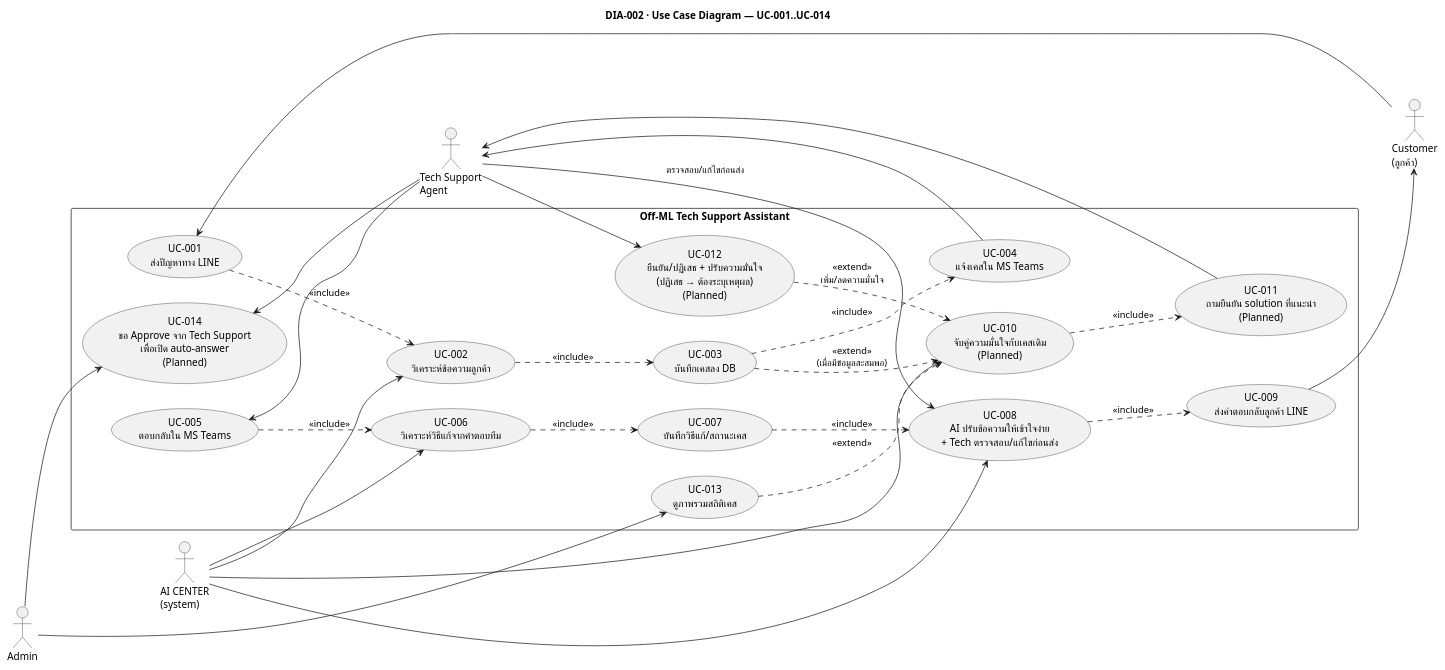
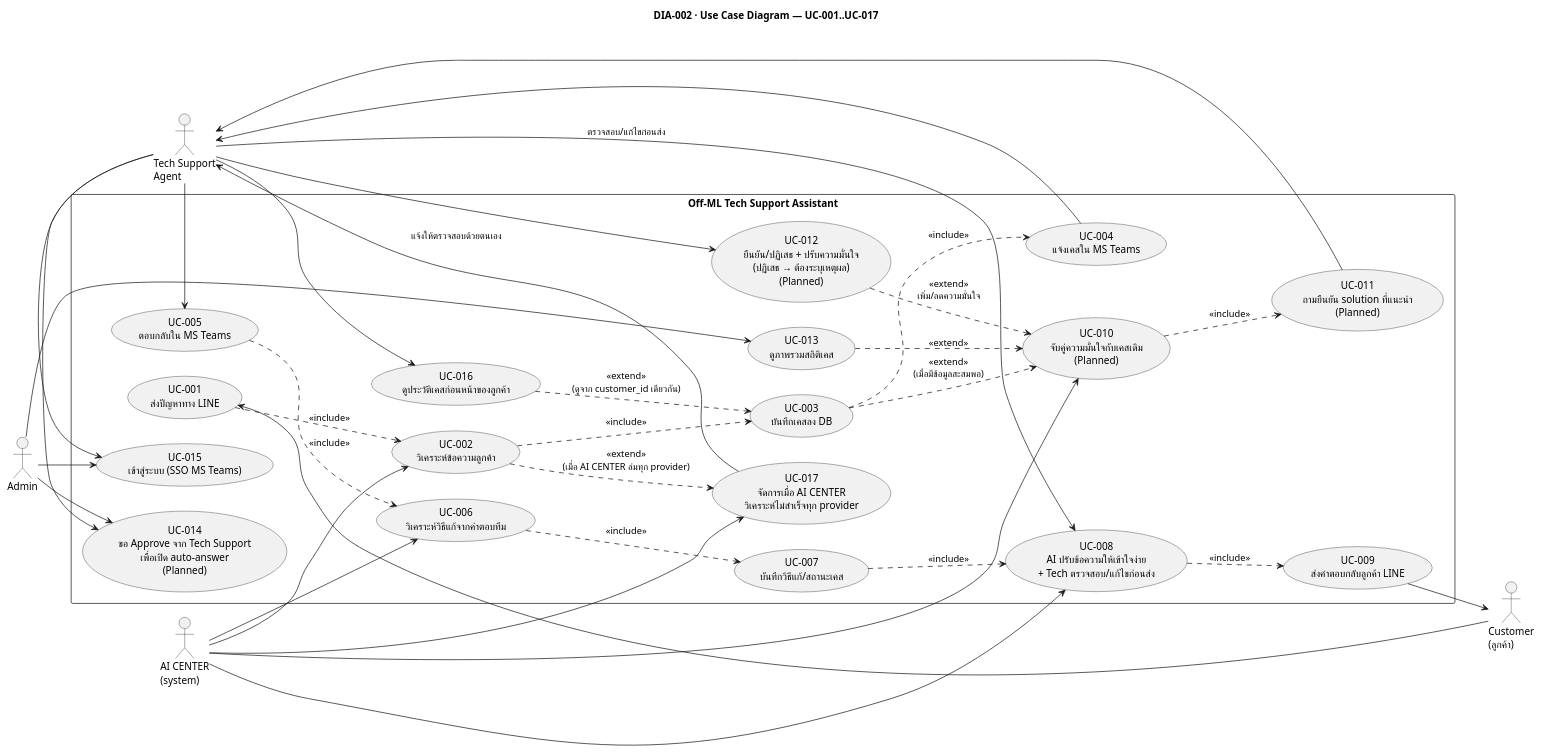
One commit to develyst1/the-off-ml-project-requirement changed the diagram in diagrams/02-usecases.puml. Above: the diagram before and after it, drawn with PlantUML. The commit also changed 11 other files, not shown here.

```diff
--- a/diagrams/02-usecases.puml
+++ b/diagrams/02-usecases.puml
@@ -1,57 +1,68 @@
 @startuml 02-usecases
-title DIA-002 · Use Case Diagram — UC-001..UC-014
+title DIA-002 · Use Case Diagram — UC-001..UC-017
 skinparam shadowing false
 left to right direction
 
 actor "Customer\n(ลูกค้า)" as Customer
 actor "Tech Support\nAgent" as Tech
 actor "Admin" as Admin
 actor "AI CENTER\n(system)" as AI
 
 rectangle "Off-ML Tech Support Assistant" {
   usecase "UC-001\nส่งปัญหาทาง LINE" as UC1
   usecase "UC-002\nวิเคราะห์ข้อความลูกค้า" as UC2
   usecase "UC-003\nบันทึกเคสลง DB" as UC3
   usecase "UC-004\nแจ้งเคสใน MS Teams" as UC4
   usecase "UC-005\nตอบกลับใน MS Teams" as UC5
   usecase "UC-006\nวิเคราะห์วิธีแก้จากคำตอบทีม" as UC6
   usecase "UC-007\nบันทึกวิธีแก้/สถานะเคส" as UC7
   usecase "UC-008\nAI ปรับข้อความให้เข้าใจง่าย\n+ Tech ตรวจสอบ/แก้ไขก่อนส่ง" as UC8
   usecase "UC-009\nส่งคำตอบกลับลูกค้า LINE" as UC9
   usecase "UC-010\nจับคู่ความมั่นใจกับเคสเดิม\n(Planned)" as UC10
   usecase "UC-011\nถามยืนยัน solution ที่แนะนำ\n(Planned)" as UC11
   usecase "UC-012\nยืนยัน/ปฏิเสธ + ปรับความมั่นใจ\n(ปฏิเสธ → ต้องระบุเหตุผล)\n(Planned)" as UC12
   usecase "UC-013\nดูภาพรวมสถิติเคส" as UC13
   usecase "UC-014\nขอ Approve จาก Tech Support\nเพื่อเปิด auto-answer\n(Planned)" as UC14
+  usecase "UC-015\nเข้าสู่ระบบ (SSO MS Teams)" as UC15
+  usecase "UC-016\nดูประวัติเคสก่อนหน้าของลูกค้า" as UC16
+  usecase "UC-017\nจัดการเมื่อ AI CENTER\nวิเคราะห์ไม่สำเร็จทุก provider" as UC17
 }
 
 Customer --> UC1
 UC1 ..> UC2 : <<include>>
 UC2 ..> UC3 : <<include>>
 UC3 ..> UC4 : <<include>>
 Tech --> UC5
 UC4 --> Tech
 UC5 ..> UC6 : <<include>>
 UC6 ..> UC7 : <<include>>
 UC7 ..> UC8 : <<include>>
 UC8 ..> UC9 : <<include>>
 UC9 --> Customer
 Tech --> UC8 : ตรวจสอบ/แก้ไขก่อนส่ง
 
 AI --> UC2
 AI --> UC6
 AI --> UC8
 AI --> UC10
 
 UC3 ..> UC10 : <<extend>>\n(เมื่อมีข้อมูลสะสมพอ)
 UC10 ..> UC11 : <<include>>
 Tech --> UC12
 UC11 --> Tech
 UC12 ..> UC10 : <<extend>>\nเพิ่ม/ลดความมั่นใจ
 
 Admin --> UC13
 Admin --> UC14
 Tech --> UC14
 UC13 ..> UC10 : <<extend>>
 
+Tech --> UC15
+Admin --> UC15
+Tech --> UC16
+UC16 ..> UC3 : <<extend>>\n(ดูจาก customer_id เดียวกัน)
+AI --> UC17
+UC2 ..> UC17 : <<extend>>\n(เมื่อ AI CENTER ล่มทุก provider)
+UC17 --> Tech : แจ้งให้ตรวจสอบด้วยตนเอง
+
 @enduml
```
